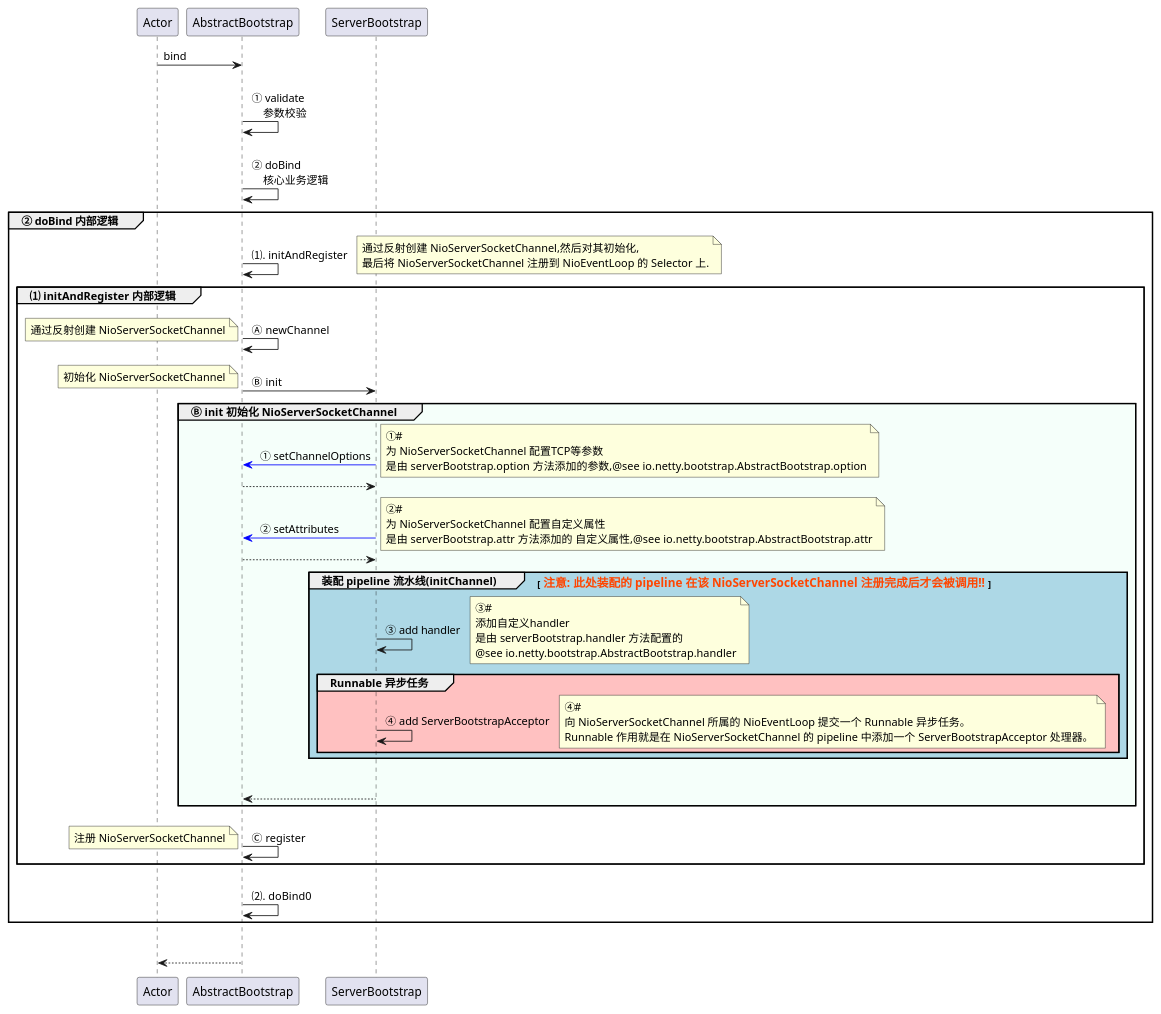
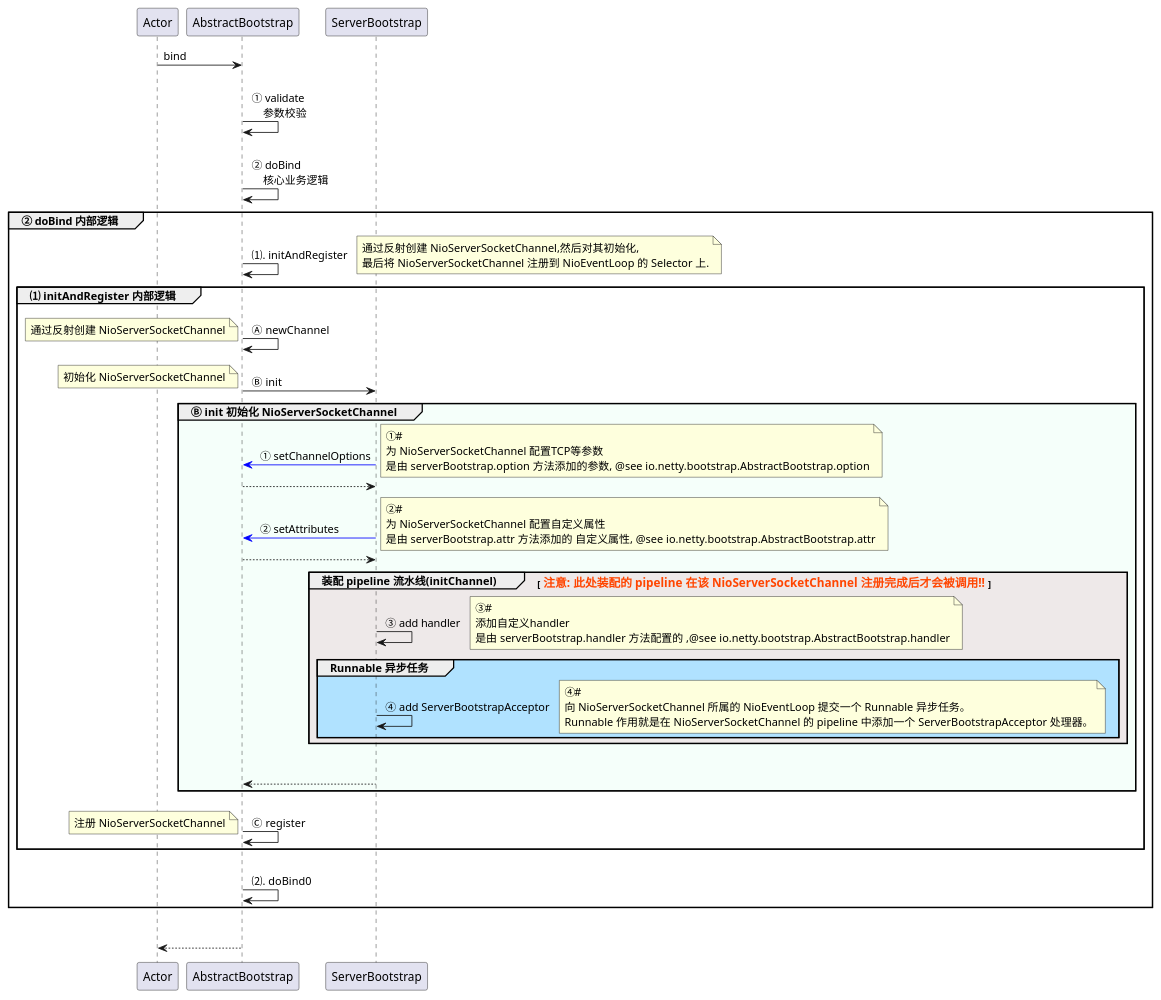
Before and after one commit to Simba-cheng/netty: the diagram in puml/0-ServerBootstrap#启动大致过程.puml, drawn with PlantUML.

Commit message:
refactor(code): 源码添加注释、流程图、类图

```diff
--- a/puml/0-ServerBootstrap#启动大致过程.puml
+++ b/puml/0-ServerBootstrap#启动大致过程.puml
@@ -1,83 +1,82 @@
 @startuml
 
 '箭头上的文字居中
 'skinparam sequenceMessageAlign center
 
 Actor -> AbstractBootstrap: bind
 
 AbstractBootstrap -> AbstractBootstrap: \n ① validate \n     参数校验
 
 AbstractBootstrap -> AbstractBootstrap: \n ② doBind \n     核心业务逻辑
 
     group ② doBind 内部逻辑
 
     AbstractBootstrap -> AbstractBootstrap: \n ⑴. initAndRegister
         note right
             通过反射创建 NioServerSocketChannel,然后对其初始化,
             最后将 NioServerSocketChannel 注册到 NioEventLoop 的 Selector 上.
         end note
         group ⑴ initAndRegister 内部逻辑
 
             AbstractBootstrap -> AbstractBootstrap: \n Ⓐ newChannel
             note left
                 通过反射创建 NioServerSocketChannel
             end note
 
             AbstractBootstrap -> ServerBootstrap: \n Ⓑ init
             note left
                 初始化 NioServerSocketChannel
             end note
 
                 group #F5FFFA Ⓑ init 初始化 NioServerSocketChannel
 
                     ServerBootstrap -[#0000FF]> AbstractBootstrap: \n ① setChannelOptions
                         note right
                             ①#
                             为 NioServerSocketChannel 配置TCP等参数
-                            是由 serverBootstrap.option 方法添加的参数,@see io.netty.bootstrap.AbstractBootstrap.option
+                            是由 serverBootstrap.option 方法添加的参数, @see io.netty.bootstrap.AbstractBootstrap.option
                         end note
                     AbstractBootstrap --> ServerBootstrap:
 
                     ServerBootstrap -[#0000FF]> AbstractBootstrap: \n ② setAttributes
                         note right
                             ②#
                             为 NioServerSocketChannel 配置自定义属性
-                            是由 serverBootstrap.attr 方法添加的 自定义属性,@see io.netty.bootstrap.AbstractBootstrap.attr
+                            是由 serverBootstrap.attr 方法添加的 自定义属性, @see io.netty.bootstrap.AbstractBootstrap.attr
                         end note
                     AbstractBootstrap --> ServerBootstrap
 
-                    group #ADD8E6 装配 pipeline 流水线(initChannel) [<color:#FF4500><size:14> 注意: 此处装配的 pipeline 在该 NioServerSocketChannel 注册完成后才会被调用!! </size></color>]
+                    group #EEE9E9 装配 pipeline 流水线(initChannel) [<color:#FF4500><size:14> 注意: 此处装配的 pipeline 在该 NioServerSocketChannel 注册完成后才会被调用!! </size></color>]
                         ServerBootstrap -> ServerBootstrap: \n ③ add handler
                             note right
                                 ③#
                                 添加自定义handler
-                                是由 serverBootstrap.handler 方法配置的
-                                @see io.netty.bootstrap.AbstractBootstrap.handler
+                                是由 serverBootstrap.handler 方法配置的 ,@see io.netty.bootstrap.AbstractBootstrap.handler
                             end note
 
-                        group #FFC1C1 Runnable 异步任务
+                        group #B0E2FF Runnable 异步任务
                             ServerBootstrap -> ServerBootstrap: \n ④ add ServerBootstrapAcceptor
                                 note right
                                     ④#
                                     向 NioServerSocketChannel 所属的 NioEventLoop 提交一个 Runnable 异步任务。
                                     Runnable 作用就是在 NioServerSocketChannel 的 pipeline 中添加一个 ServerBootstrapAcceptor 处理器。
                                 end note
                         end
                     end
                     ServerBootstrap --> AbstractBootstrap: \n
                 end
 
             AbstractBootstrap -> AbstractBootstrap: \n Ⓒ register
             note left
                 注册 NioServerSocketChannel
             end note
 
         end
 
     AbstractBootstrap -> AbstractBootstrap: \n ⑵. doBind0
 
     end
 
 AbstractBootstrap --> Actor : \n
 
 @enduml
```
